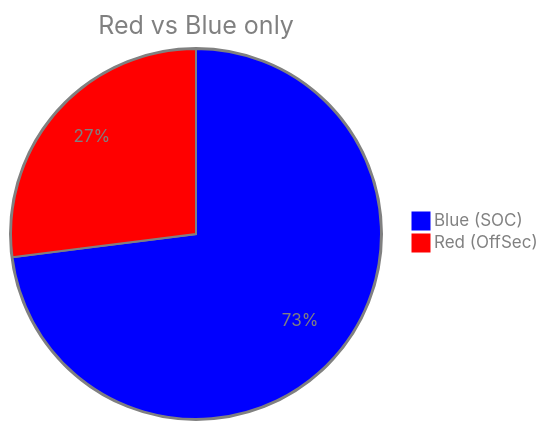
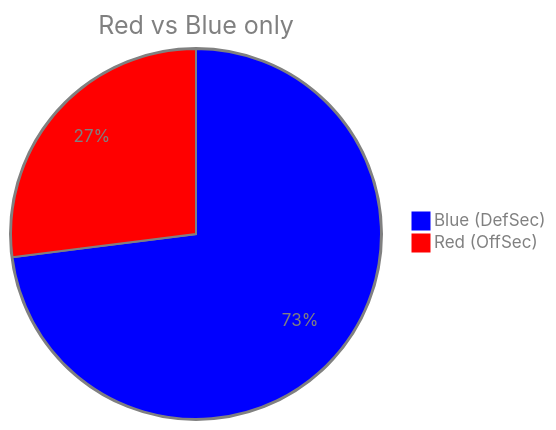
The third of 3 diagrams in README-colorwheel.md (felickz/felickz), drawn with Mermaid before and after one commit. The commit also changed other lines of this file, not shown here.

Commit message:
Relabel Blue as DefSec

````diff
--- a/README-colorwheel.md
+++ b/README-colorwheel.md
@@ -42,7 +42,7 @@
 ```mermaid
 %%{init: {'theme': 'base', 'themeVariables': { 'pie1': '#0000FF', 'pie2': '#ff0000', 'pieOpacity': '1', 'pieStrokeColor': '#808080', 'pieOuterStrokeColor': '#808080', 'pieTitleTextColor': '#808080', 'pieLegendTextColor': '#808080', 'pieSectionTextColor': '#808080'}}}%%
 pie
   title Red vs Blue only
-  "Blue (SOC)" : 73
+  "Blue (DefSec)" : 73
   "Red (OffSec)" : 27
 ```
````
